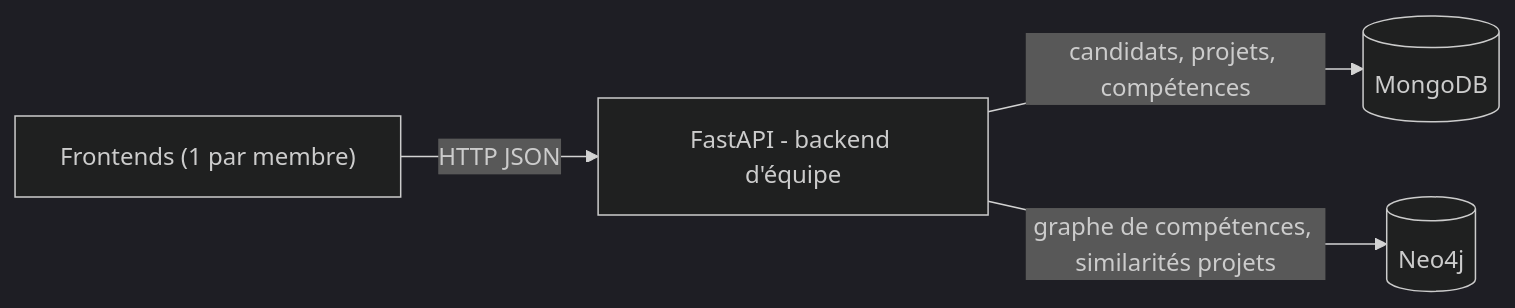
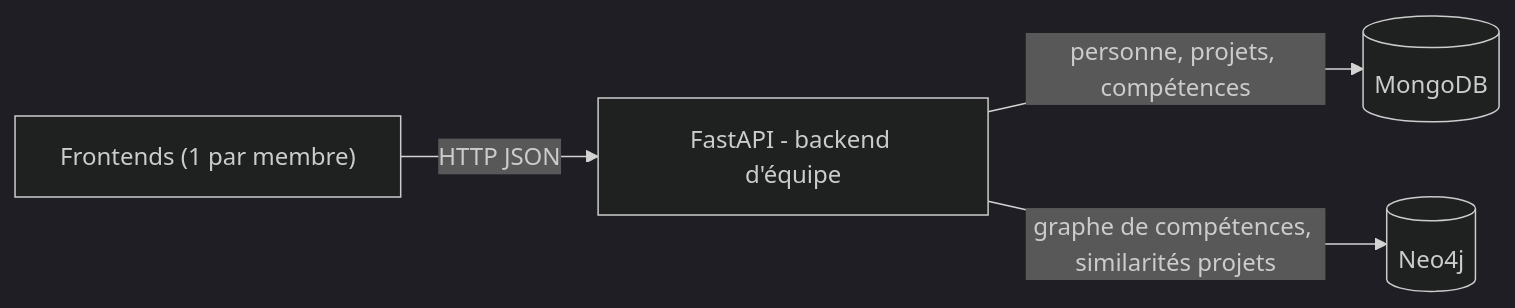
Before and after one commit to LucieEsigelec/portfolio_lucie: the first of 2 diagrams in ARCHITECTURE.md, drawn with Mermaid (dark theme). The commit also changed other lines of this file, not shown here.

Commit message:
personne

````diff
--- a/ARCHITECTURE.md
+++ b/ARCHITECTURE.md
@@ -18,7 +18,7 @@
 ```mermaid
 flowchart LR
     F["Frontends (1 par membre)"] -->|HTTP JSON| API["FastAPI - backend d'équipe"]
-    API -->|"candidats, projets, compétences"| M[("MongoDB")]
+    API -->|"personne, projets, compétences"| M[("MongoDB")]
     API -->|"graphe de compétences, similarités projets"| N[("Neo4j")]
     %% TODO : complétez / corrigez ce schéma selon VOS choix
 ```
````
